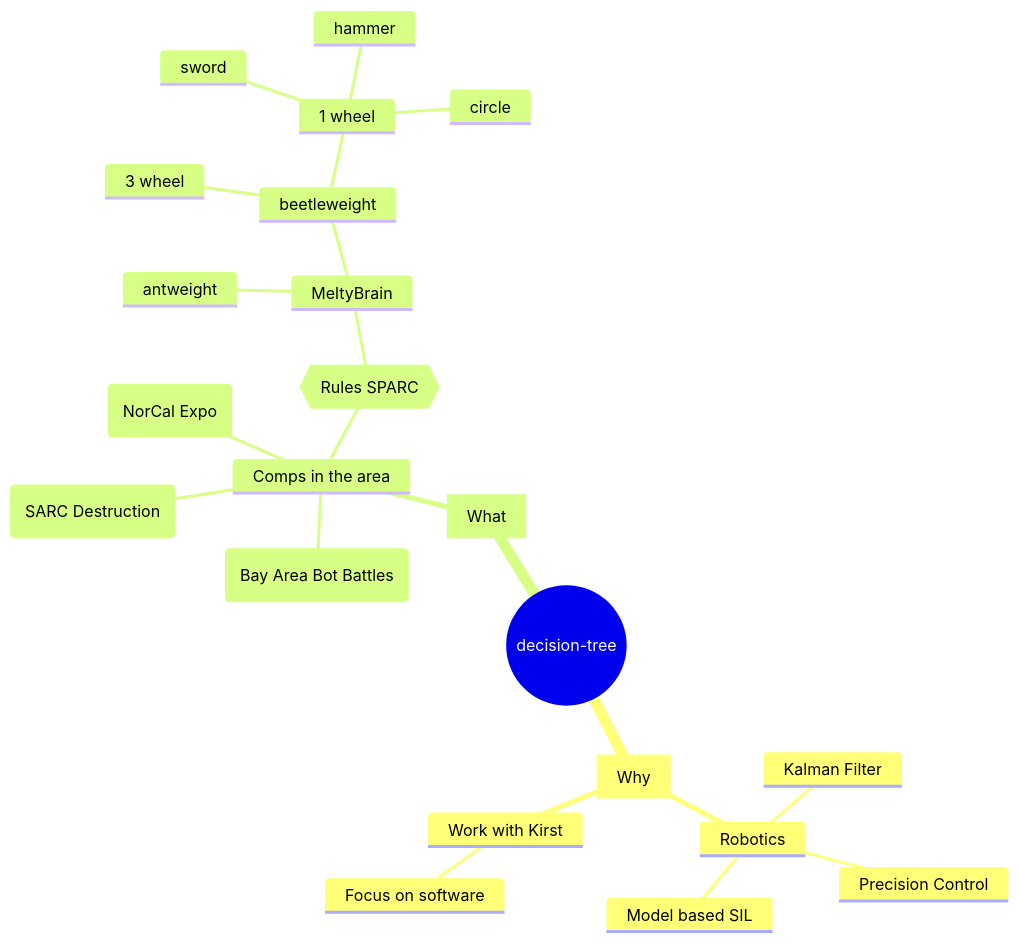
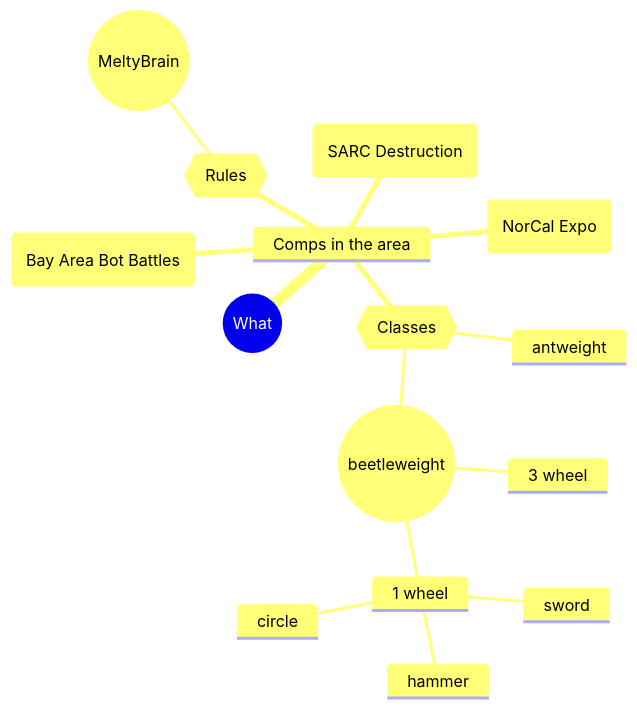
One commit to jjrreett/melty-brain changed the second of 3 diagrams in design/notes.md. Above: the diagram before and after it, drawn with Mermaid. The commit also changed other lines of this file and 1 other file, not shown here.

Commit message:
hardware arcitecture

````diff
--- a/design/notes.md
+++ b/design/notes.md
@@ -3,32 +15,26 @@
 ```mermaid
 mindmap
-  root((decision-tree))
-    [Why]
-      Robotics
-        Precision Control
-        Kalman Filter
-        Model based SIL
-      Work with Kirst 
-        Focus on software
-    [What]
-      Comps in the area
-        (SARC Destruction)
-        %%   11 ant, 8 beetle
-        (Bay Area Bot Battles)
-        %%   17 ant, 16 beetle
-        (NorCal Expo)
-        %%   8 ant, 11 beetle
-        {{Rules SPARC}}
-          MeltyBrain
-        %%   Only rule against is:
-        %%   May be too destructive 
-            antweight
-            beetleweight
-            %% I think 1 lb is a difficult target for a first attempt
-              3 wheel
-              1 wheel
-                %% risky, but simple 
-                sword
-                hammer
-                circle
+  root((What))
+    Comps in the area
+      (SARC Destruction)
+      %%   11 ant, 8 beetle
+      (Bay Area Bot Battles)
+      %%   17 ant, 16 beetle
+      (NorCal Expo)
+      %%   8 ant, 11 beetle
+      {{Rules}}
+      %% uses SPARC
+        ((MeltyBrain))
+      %%   Only rule against is:
+      %%   May be too destructive 
+      {{Classes}}
+          antweight
+          ((beetleweight))
+          %% I think 1 lb is a difficult target for a first attempt
+            3 wheel
+            1 wheel
+              %% risky, but simple 
+              sword
+              hammer
+              circle
 ```
````
